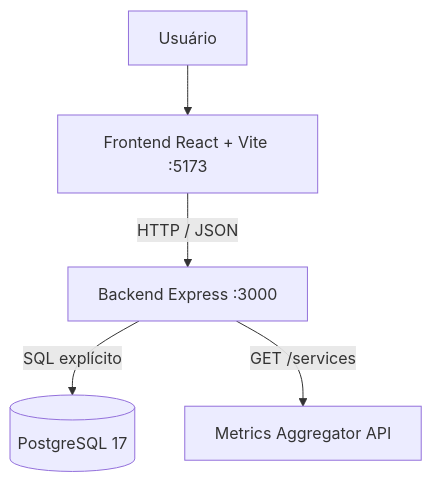
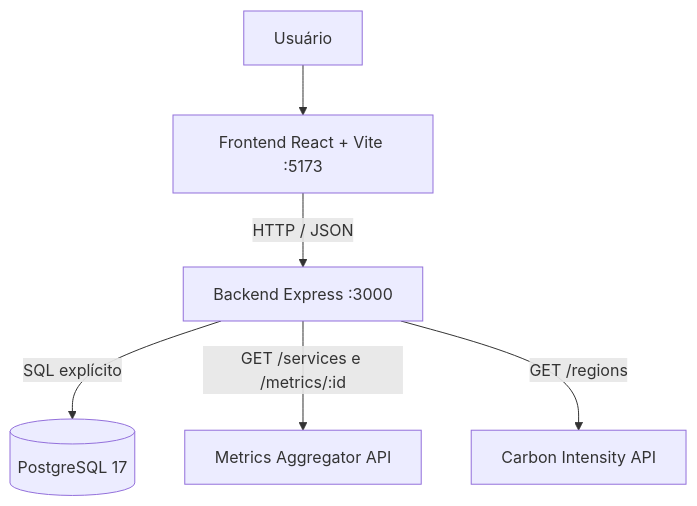
One commit to let-zapplin/GreenER changed the first of 3 diagrams in docs/arquitetura.md. Above: the diagram before and after it, drawn with Mermaid. The commit also changed other lines of this file and 5 other files, not shown here.

````diff
--- a/docs/arquitetura.md
+++ b/docs/arquitetura.md
@@ -15,7 +15,8 @@
 ```mermaid
 flowchart TD
     U[Usuário] --> F[Frontend React + Vite :5173]
     F -->|HTTP / JSON| B[Backend Express :3000]
     B -->|SQL explícito| P[(PostgreSQL 17)]
-    B -->|GET /services| M[Metrics Aggregator API]
+    B -->|GET /services e /metrics/:id| M[Metrics Aggregator API]
+    B -->|GET /regions| CI[Carbon Intensity API]
 ```
````
